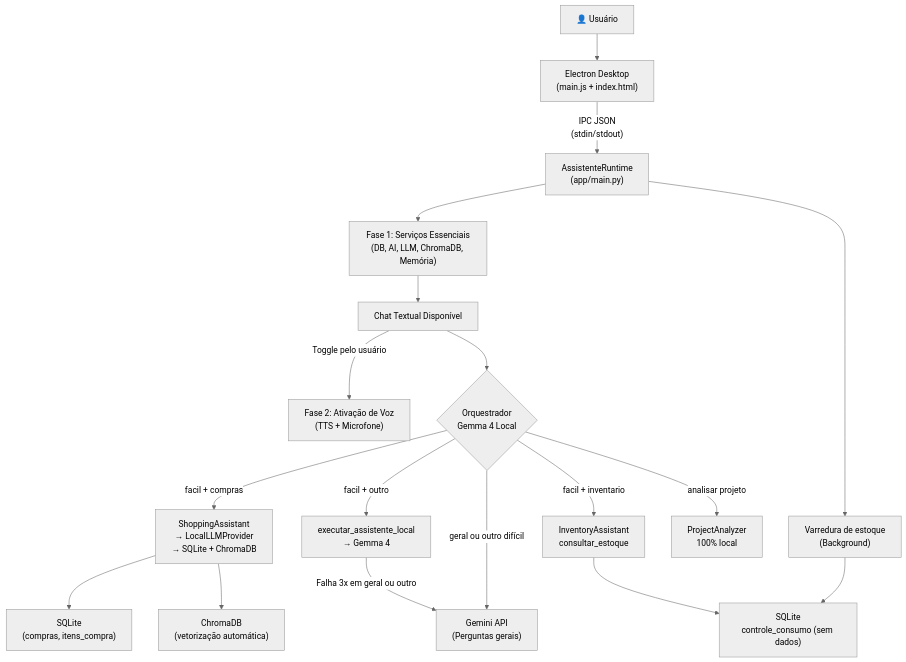
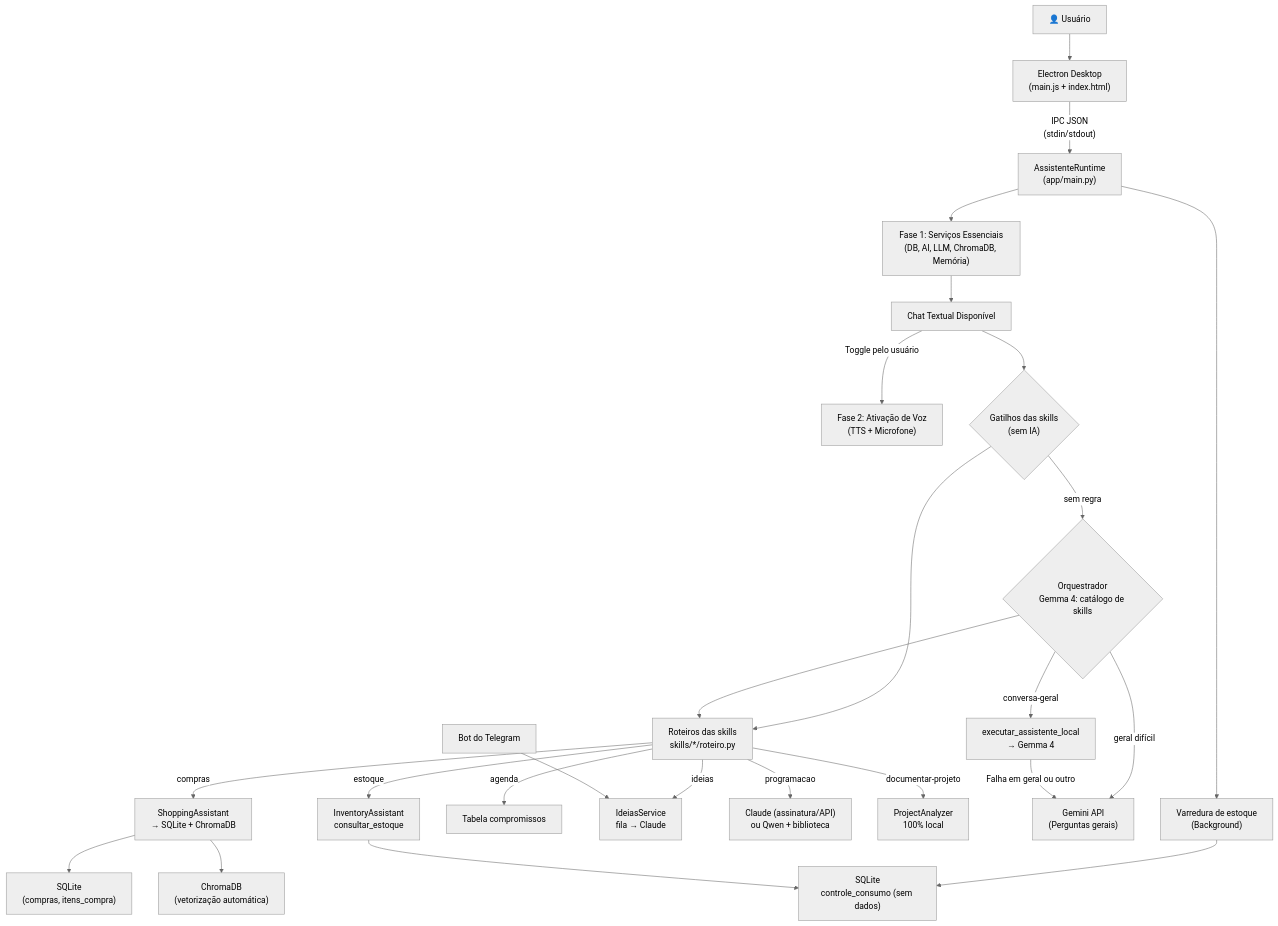
Before and after one commit to Felipe-Stu/assistente-domestico: the diagram in Sobre a Versão/01 - Resumo do Sistema.md, drawn with Mermaid (neutral theme). The commit also changed other lines of this file and 7 other files, not shown here.

First line of the commit message:
docs: Sobre a Versão atualizada ao estado da V4.1 (fase das skills)

````diff
--- a/Sobre a Versão/01 - Resumo do Sistema.md
+++ b/Sobre a Versão/01 - Resumo do Sistema.md
@@ -70,24 +96,31 @@
 ```mermaid
 graph TD
     USER["👤 Usuário"] --> ELECTRON["Electron Desktop<br>(main.js + index.html)"]
     ELECTRON --> |"IPC JSON<br>(stdin/stdout)"| PYTHON["AssistenteRuntime<br>(app/main.py)"]
     
     PYTHON --> INIT["Fase 1: Serviços Essenciais<br>(DB, AI, LLM, ChromaDB, Memória)"]
     INIT --> READY["Chat Textual Disponível"]
     READY --> |"Toggle pelo usuário"| VOZ["Fase 2: Ativação de Voz<br>(TTS + Microfone)"]
     
-    READY --> ORCH{Orquestrador<br>Gemma 4 Local}
-    ORCH --> |"facil + compras"| SHOP["ShoppingAssistant<br>→ LocalLLMProvider<br>→ SQLite + ChromaDB"]
-    ORCH --> |"facil + outro"| LOCAL["executar_assistente_local<br>→ Gemma 4"]
-    ORCH --> |"geral ou outro difícil"| NUVEM["Gemini API<br>(Perguntas gerais)"]
-    LOCAL --> |"Falha 3x em geral ou outro"| NUVEM
-    ORCH --> |"facil + inventario"| INV["InventoryAssistant<br>consultar_estoque"]
-    ORCH --> |"analisar projeto"| PA["ProjectAnalyzer<br>100% local"]
+    READY --> REGRAS{"Gatilhos das skills<br>(sem IA)"}
+    REGRAS --> |"sem regra"| ORCH{"Orquestrador<br>Gemma 4: catálogo de skills"}
+    REGRAS --> SKILLS
+    ORCH --> SKILLS["Roteiros das skills<br>skills/*/roteiro.py"]
+    SKILLS --> |"compras"| SHOP["ShoppingAssistant<br>→ SQLite + ChromaDB"]
+    SKILLS --> |"estoque"| INV["InventoryAssistant<br>consultar_estoque"]
+    SKILLS --> |"agenda"| AG["Tabela compromissos"]
+    SKILLS --> |"ideias"| ID["IdeiasService<br>fila → Claude"]
+    SKILLS --> |"programacao"| PROG["Claude (assinatura/API)<br>ou Qwen + biblioteca"]
+    SKILLS --> |"documentar-projeto"| PA["ProjectAnalyzer<br>100% local"]
+    ORCH --> |"conversa-geral"| LOCAL["executar_assistente_local<br>→ Gemma 4"]
+    ORCH --> |"geral difícil"| NUVEM["Gemini API<br>(Perguntas gerais)"]
+    LOCAL --> |"Falha em geral ou outro"| NUVEM
+    TG["Bot do Telegram"] --> ID
     
     SHOP --> SQLITE["SQLite<br>(compras, itens_compra)"]
     SHOP --> CHROMA["ChromaDB<br>(vetorização automática)"]
     
     PYTHON --> VARR["Varredura de estoque<br>(Background)"]
     VARR --> ESTOQUE["SQLite<br>controle_consumo (sem dados)"]
     INV --> ESTOQUE
 ```
````
